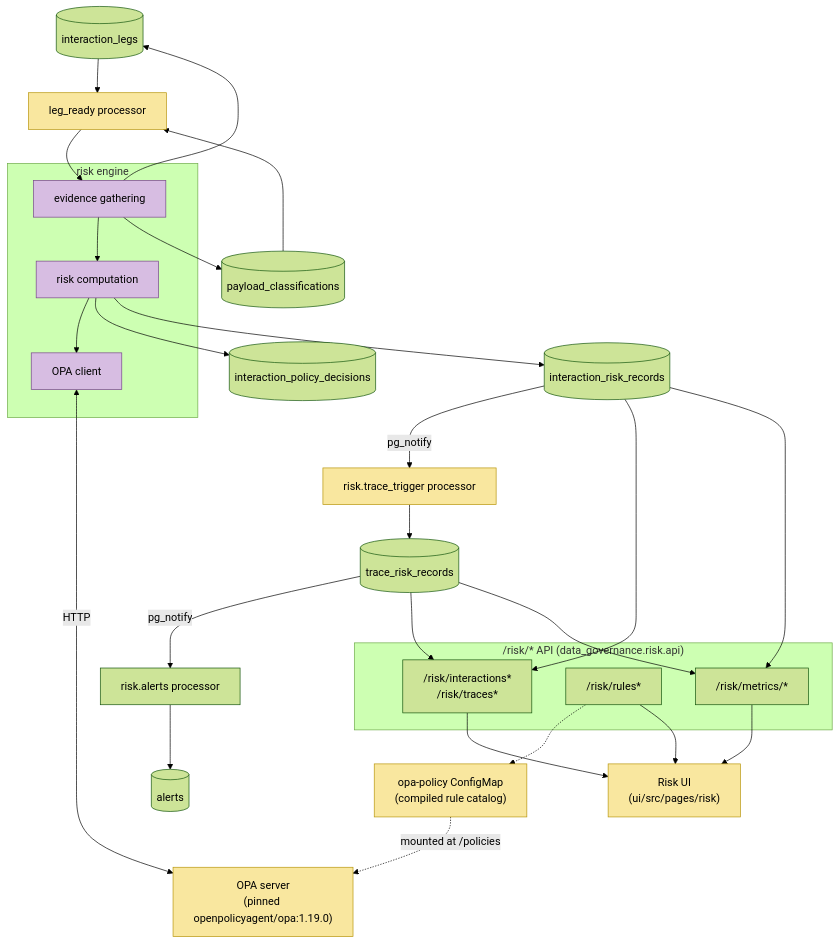
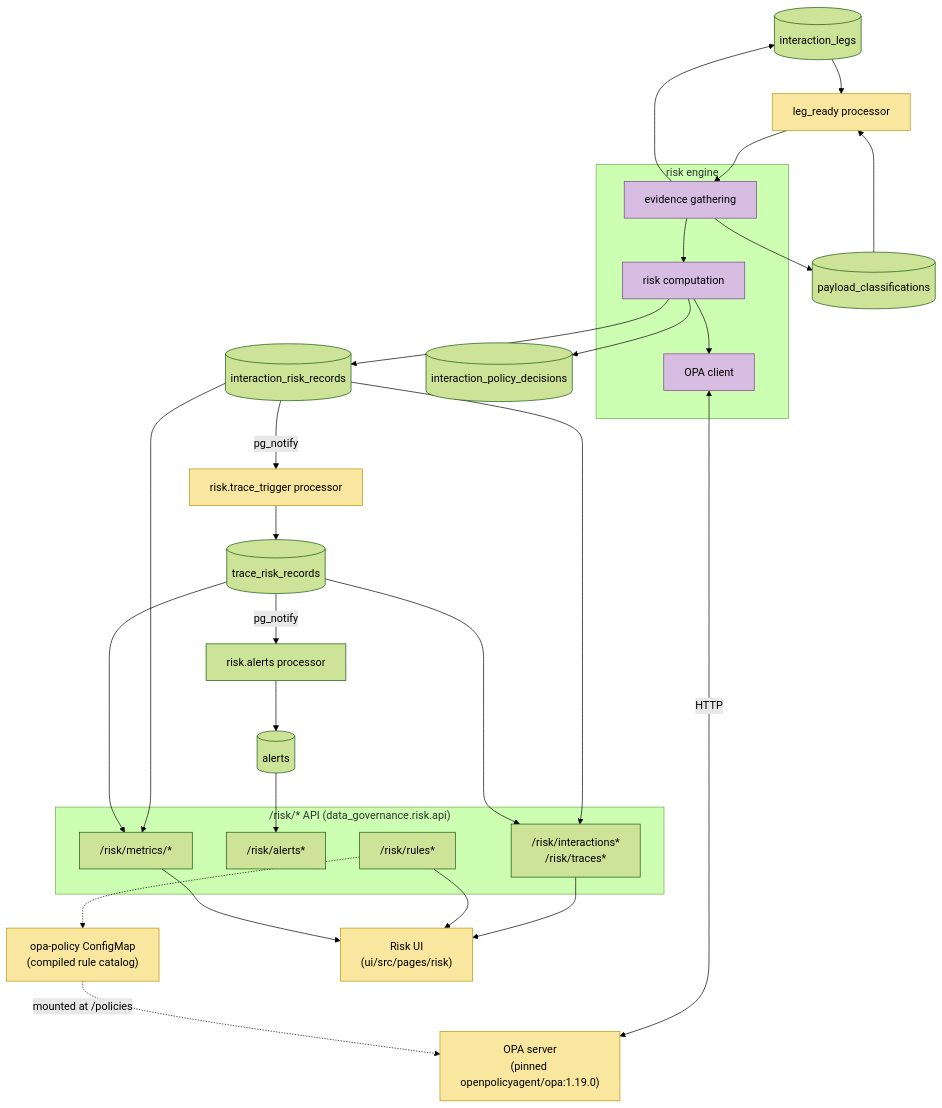
The diagram in data_governance/risk/README.md (rossoctl/lab-data-governance), drawn with Mermaid (forest theme) before and after one commit. The commit also changed other lines of this file and 8 other files, not shown here.

````diff
--- a/data_governance/risk/README.md
+++ b/data_governance/risk/README.md
@@ -14,62 +14,64 @@
 ```mermaid
 flowchart TB
     legs[("interaction_legs")]
     payloads[("payload_classifications")]
 
     LEGREADY["leg_ready processor"]
 
     subgraph engine["risk engine"]
         EVID["evidence gathering"]
         COMP["risk computation"]
         OPAC["OPA client"]
     end
 
     OPA["OPA server\n(pinned openpolicyagent/opa:1.19.0)"]
     BUNDLE["opa-policy ConfigMap\n(compiled rule catalog)"]
 
     IPD[("interaction_policy_decisions")]
     IRR[("interaction_risk_records")]
 
     TRACETRIGGER["risk.trace_trigger processor"]
 
     TRR[("trace_risk_records")]
 
     ALERTSP["risk.alerts processor"]
 
     ALERTS[("alerts")]
 
     subgraph api["/risk/* API (data_governance.risk.api)"]
         RROUTES["/risk/interactions*\n/risk/traces*"]
+        AROUTES["/risk/alerts*"]
         RULES["/risk/rules*"]
         METRICS["/risk/metrics/*"]
     end
 
     UI["Risk UI\n(ui/src/pages/risk)"]
 
     legs --> LEGREADY
     payloads --> LEGREADY
     LEGREADY --> EVID --> COMP
     EVID --> legs
     EVID --> payloads
     COMP --> OPAC
     OPAC <-->|HTTP| OPA
     BUNDLE -.->|mounted at /policies| OPA
     COMP --> IPD
     COMP --> IRR
     IRR -->|pg_notify| TRACETRIGGER --> TRR
     TRR -->|pg_notify| ALERTSP --> ALERTS
 
     IRR --> RROUTES
     TRR --> RROUTES
+    ALERTS --> AROUTES
     RULES -.-> BUNDLE
     IRR --> METRICS
     TRR --> METRICS
     RROUTES --> UI
     RULES --> UI
     METRICS --> UI
 
     classDef component fill:#f9e79f,stroke:#b7950b,color:#000
     classDef enginebox fill:#d7bde2,stroke:#76448a,color:#000
     class LEGREADY,TRACETRIGGER,OPA,BUNDLE,UI component
     class EVID,COMP,OPAC enginebox
 ```
````
